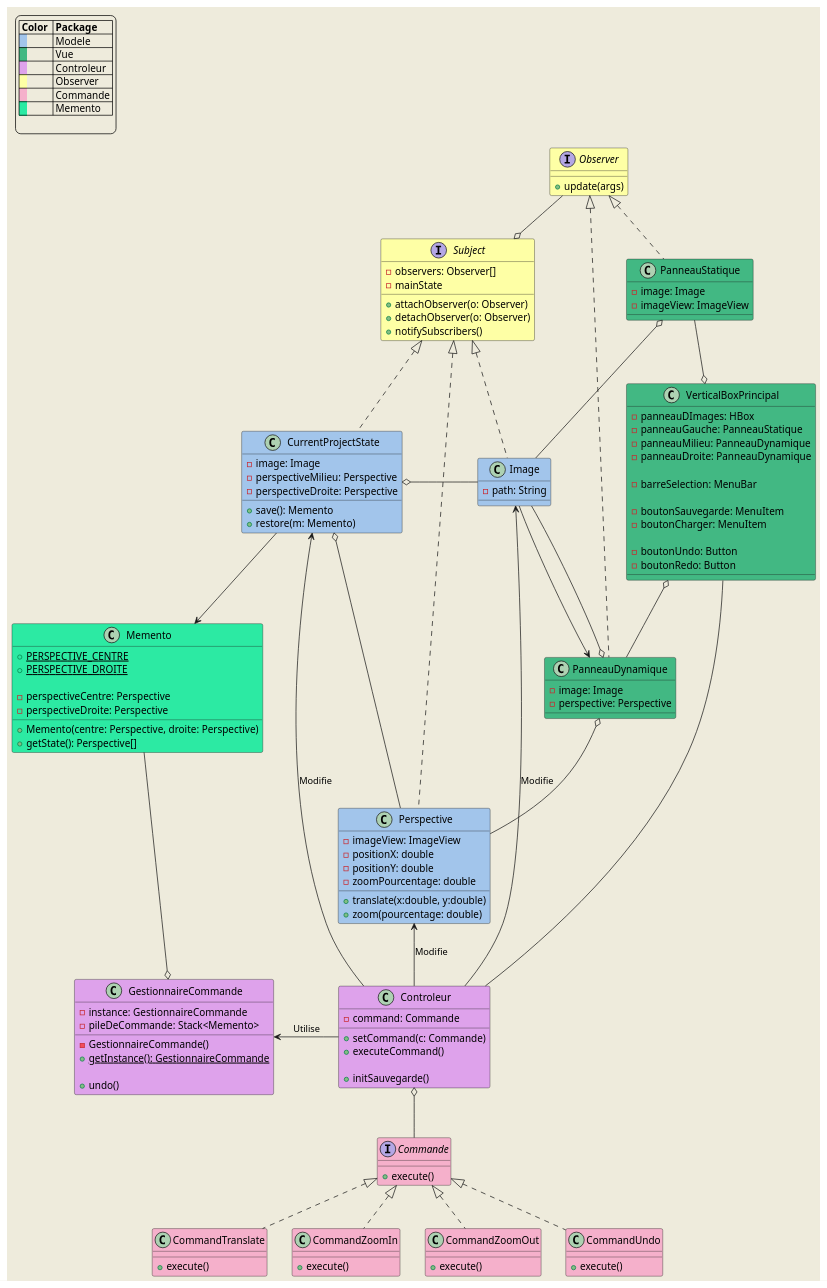
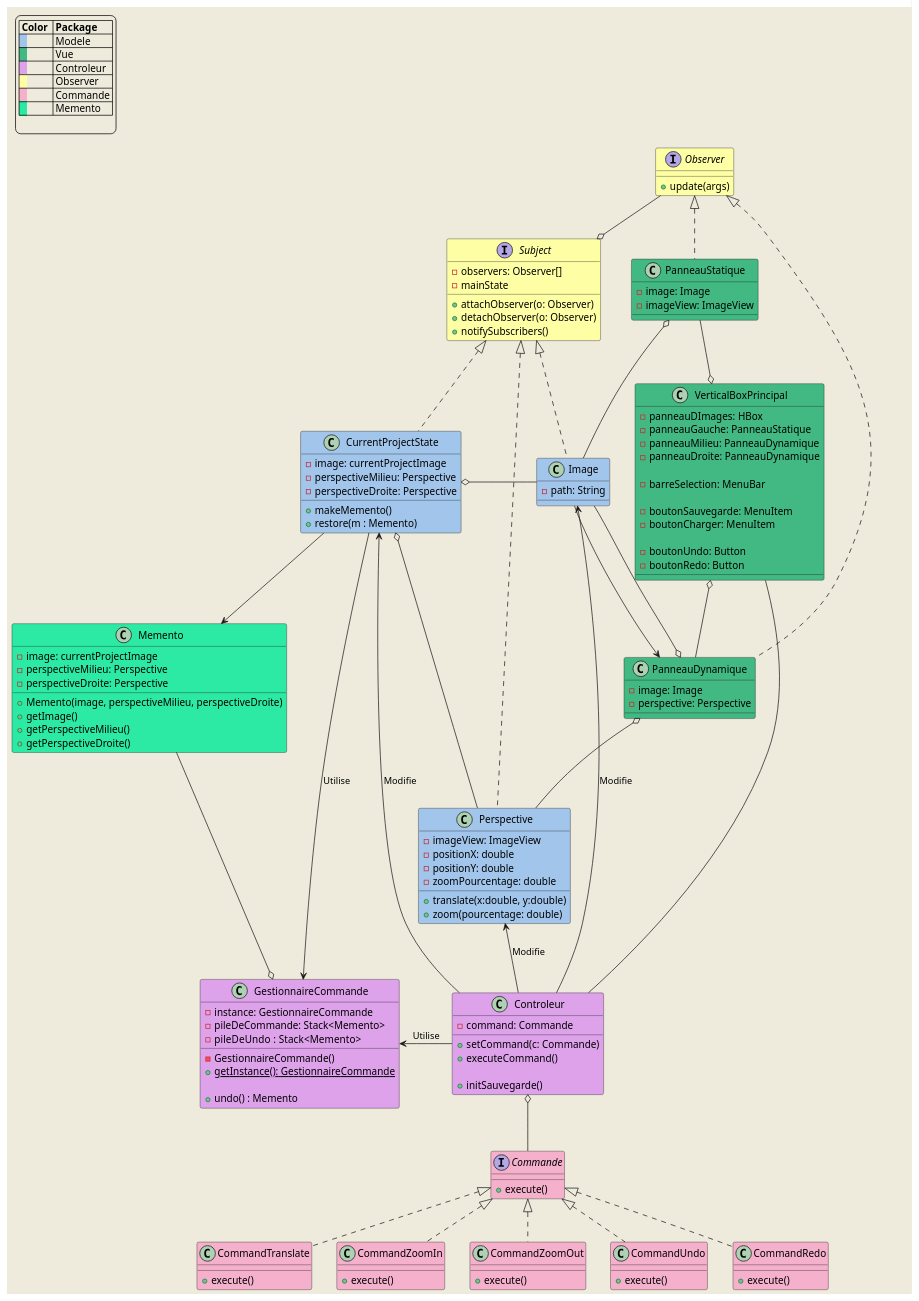
Before and after one commit to VelaSam/PerspectivePro: the diagram in out/production/Log121PerspectivePro/diagrammes/diagramme_de_classe_global.puml, drawn with PlantUML. The commit also changed 2 other files, not shown here.

```diff
--- a/out/production/Log121PerspectivePro/diagrammes/diagramme_de_classe_global.puml
+++ b/out/production/Log121PerspectivePro/diagrammes/diagramme_de_classe_global.puml
@@ -58,8 +58,11 @@
     class CommandUndo #F5B0CB implements Commande{
         +execute()
     }
+    class CommandRedo #F5B0CB implements Commande{
+        +execute()
+    }
 
-    
+
     '-----------COMMAND--------------'
 
 
@@ -69,14 +72,15 @@
     class GestionnaireCommande #dea2eb{
         -instance: GestionnaireCommande
         -pileDeCommande: Stack<Memento>
-        
+        -pileDeUndo  : Stack<Memento>
+
 
         -GestionnaireCommande()
         + {static} getInstance(): GestionnaireCommande
-        
-        +undo()
 
-    } 
+        +undo() : Memento
+
+    }
     '-----------SINGLETON--------------'
 
     '-----------MEMENTO--------------'
@@ -87,34 +91,40 @@
 
     class Memento #2CEAA3{
 
-        {static}+PERSPECTIVE_CENTRE
-        {static}+PERSPECTIVE_DROITE
+        '{static}+PERSPECTIVE_CENTRE
+        '{static}+PERSPECTIVE_DROITE
 
-        -perspectiveCentre: Perspective
+        -image: currentProjectImage
+        -perspectiveMilieu: Perspective
         -perspectiveDroite: Perspective
 
-        +Memento(centre: Perspective, droite: Perspective)
-        +getState(): Perspective[]
+        'Constructeur'
+        +Memento(image, perspectiveMilieu, perspectiveDroite)
+        'Getters du memento'
+        +getImage()
+        +getPerspectiveMilieu()
+        +getPerspectiveDroite()
     }
 
-    
+
     '-----------MEMENTO--------------'
 
 
 
     class CurrentProjectState #a2c5eb implements Subject {
 
-        -image: Image
+        -image: currentProjectImage
         -perspectiveMilieu: Perspective
         -perspectiveDroite: Perspective
-        
-        +save(): Memento
-        +restore(m: Memento)
+
+        +makeMemento()
+        +restore(m : Memento)
+        'restore() vas appeler undo() Gestionnaire Commande
     }
 
 
     class Perspective #a2c5eb implements Subject{
-        
+
         -imageView: ImageView
         -positionX: double
         -positionY: double
@@ -175,7 +185,7 @@
 
     }
 
-   
+
 
    Observer -o Subject
    Controleur -l-> GestionnaireCommande : Utilise
@@ -195,13 +205,15 @@
    Memento ---o GestionnaireCommande
    CurrentProjectState --> Memento
 
-   
+
    PanneauDynamique o-- Image
    Image --> PanneauDynamique
-   
+
    PanneauDynamique o-- Perspective
 
    PanneauStatique o- Image
+
+   CurrentProjectState --> GestionnaireCommande : Utilise
    
 
 
```
